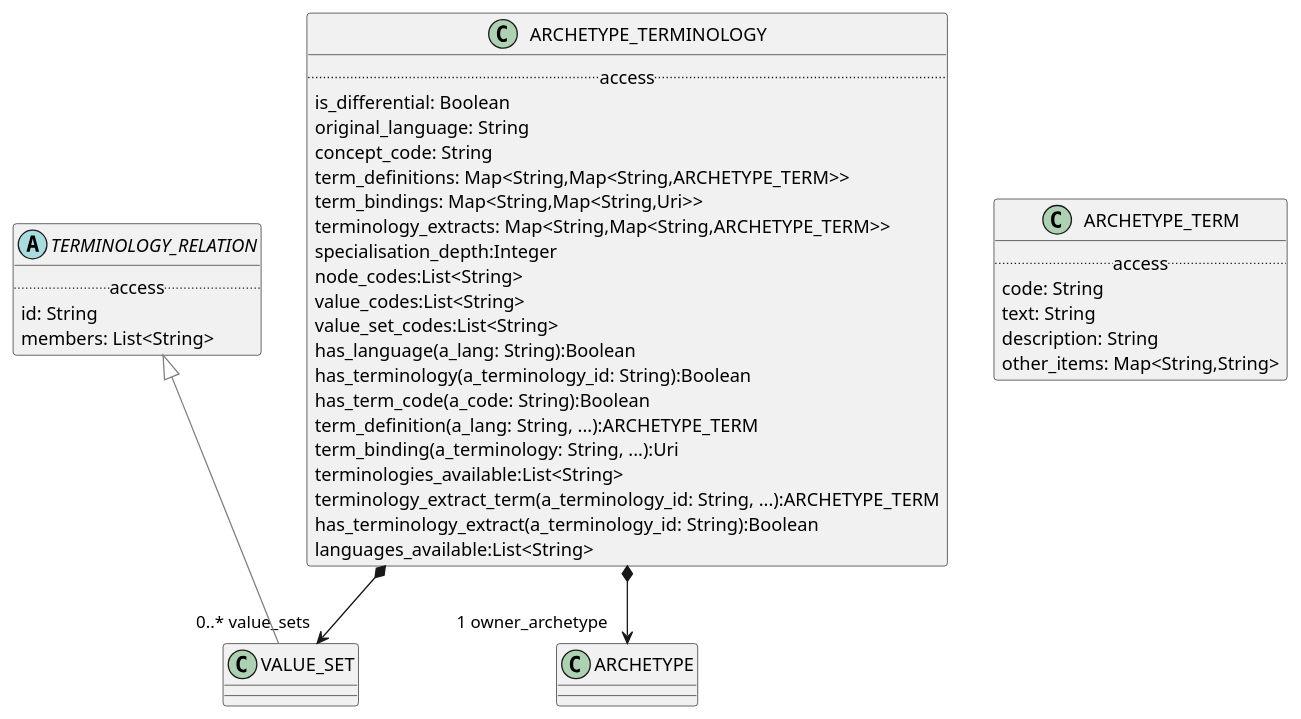
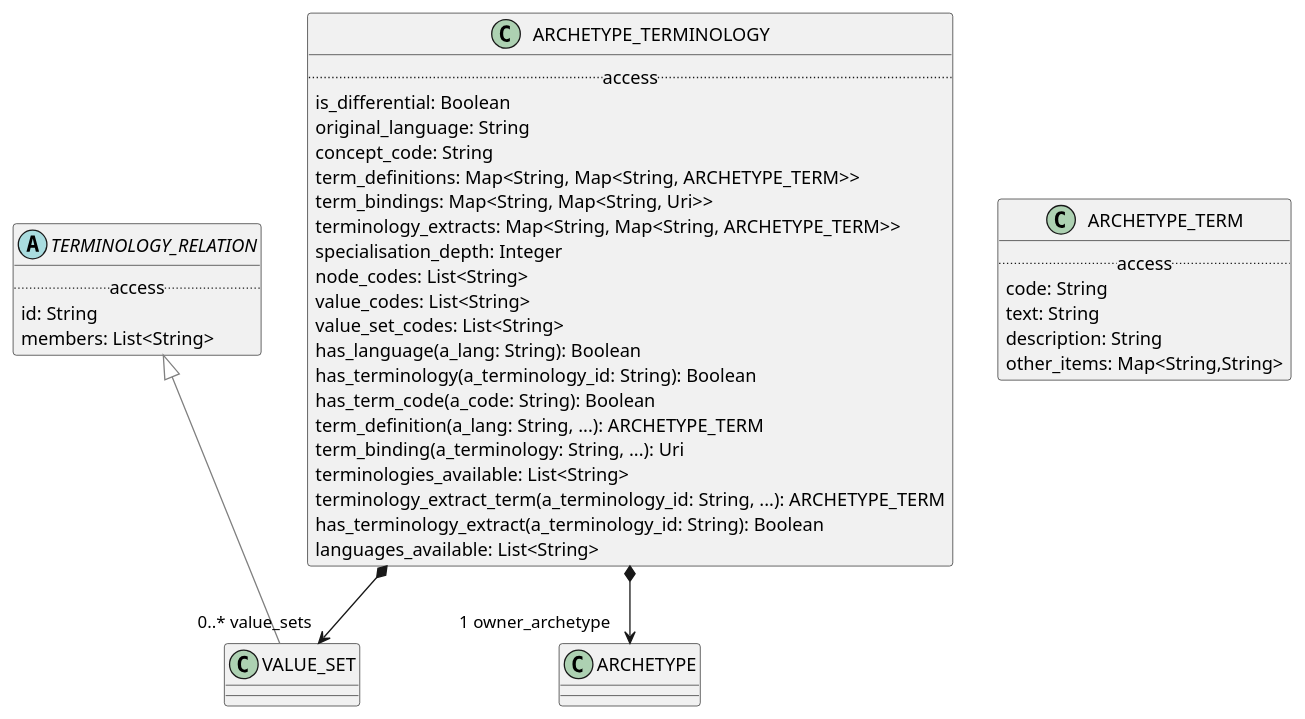
Before and after one commit to wolandscat/openehr-doc: the diagram in modules/ROOT/examples/bmm/languages/aom2/terminology/terminology-package-uml.adoc, drawn with PlantUML. The commit also changed 293 other files, not shown here.

Commit message:
Regen with tweaks to UML output and correct metatypes for nested generics.

```diff
--- a/modules/ROOT/examples/bmm/languages/aom2/terminology/terminology-package-uml.adoc
+++ b/modules/ROOT/examples/bmm/languages/aom2/terminology/terminology-package-uml.adoc
@@ -3,57 +3,57 @@
 [plantuml,opts=interactive,link=self]
 ....
 skinparam groupInheritance 2
 skinparam citedClassColor #FDFDFD
 
 
 class ARCHETYPE_TERM [[/openehr-doc/latest/languages/aom2-gen.html#_class_archetype_term]] {
         .. access ..
         code: String
         text: String
         description: String
         other_items: Map<String,String>
 }
 
 
-class ARCHETYPE_TERMINOLOGY [[/openehr-doc/latest/languages/aom2-gen.html#_class_archetype_terminology]] {
-        .. access ..
-        is_differential: Boolean
-        original_language: String
-        concept_code: String
-        term_definitions: Map<String,Map<String,ARCHETYPE_TERM>>
-        term_bindings: Map<String,Map<String,Uri>>
-        terminology_extracts: Map<String,Map<String,ARCHETYPE_TERM>>
-        specialisation_depth:Integer
-        node_codes:List<String>
-        value_codes:List<String>
-        value_set_codes:List<String>
-        has_language(a_lang: String):Boolean
-        has_terminology(a_terminology_id: String):Boolean
-        has_term_code(a_code: String):Boolean
-        term_definition(a_lang: String, ...):ARCHETYPE_TERM
-        term_binding(a_terminology: String, ...):Uri
-        terminologies_available:List<String>
-        terminology_extract_term(a_terminology_id: String, ...):ARCHETYPE_TERM
-        has_terminology_extract(a_terminology_id: String):Boolean
-        languages_available:List<String>
-}
-
-
-ARCHETYPE_TERMINOLOGY *--> "1 owner_archetype" ARCHETYPE
-
-ARCHETYPE_TERMINOLOGY *--> "0..* value_sets" VALUE_SET
-
 class VALUE_SET [[/openehr-doc/latest/languages/aom2-gen.html#_class_value_set]] {
 }
 
 VALUE_SET -[#gray]up-|> TERMINOLOGY_RELATION  
 
 
 abstract class TERMINOLOGY_RELATION [[/openehr-doc/latest/languages/aom2-gen.html#_class_terminology_relation]] {
         .. access ..
         id: String
         members: List<String>
 }
 
 
+class ARCHETYPE_TERMINOLOGY [[/openehr-doc/latest/languages/aom2-gen.html#_class_archetype_terminology]] {
+        .. access ..
+        is_differential: Boolean
+        original_language: String
+        concept_code: String
+        term_definitions: Map<String, Map<String, ARCHETYPE_TERM>>
+        term_bindings: Map<String, Map<String, Uri>>
+        terminology_extracts: Map<String, Map<String, ARCHETYPE_TERM>>
+        specialisation_depth: Integer
+        node_codes: List<String>
+        value_codes: List<String>
+        value_set_codes: List<String>
+        has_language(a_lang: String): Boolean
+        has_terminology(a_terminology_id: String): Boolean
+        has_term_code(a_code: String): Boolean
+        term_definition(a_lang: String, ...): ARCHETYPE_TERM
+        term_binding(a_terminology: String, ...): Uri
+        terminologies_available: List<String>
+        terminology_extract_term(a_terminology_id: String, ...): ARCHETYPE_TERM
+        has_terminology_extract(a_terminology_id: String): Boolean
+        languages_available: List<String>
+}
+
+
+ARCHETYPE_TERMINOLOGY *--> "1 owner_archetype" ARCHETYPE
+
+ARCHETYPE_TERMINOLOGY *--> "0..* value_sets" VALUE_SET
+
 ....
```
